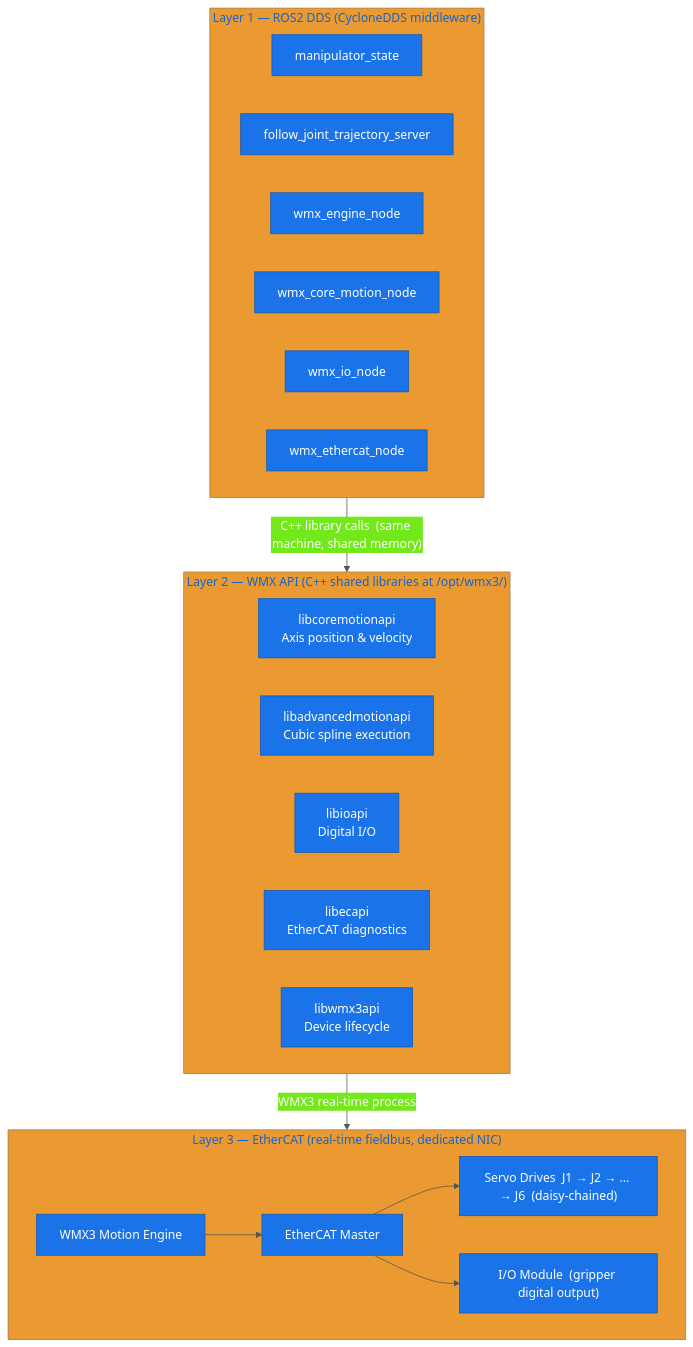
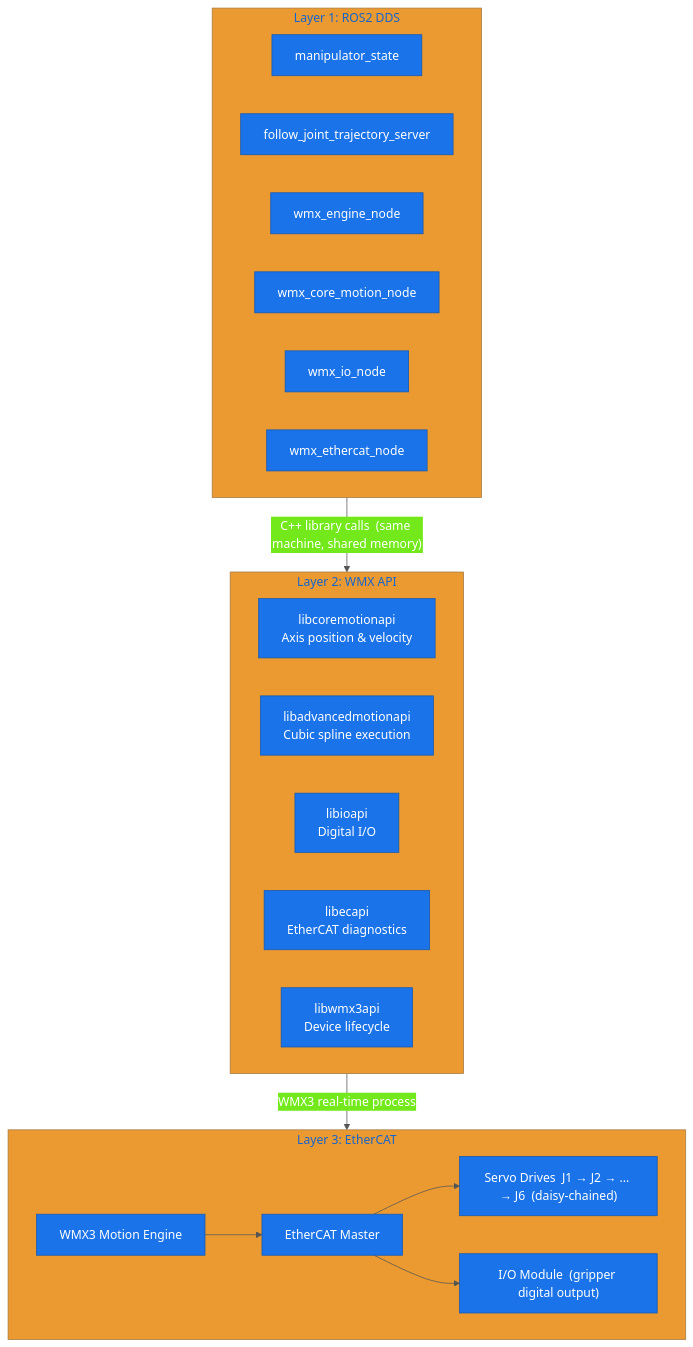
One commit to movensys/wmx-r2-doc changed the diagram in doc/api_reference/communication.rst. Above: the diagram before and after it, drawn with Mermaid. The commit also changed 9 other files, not shown here.

Commit message:
repair the graph

```diff
--- a/doc/api_reference/communication.rst
+++ b/doc/api_reference/communication.rst
@@ -22,36 +22,36 @@
 .. mermaid::
    :caption: WMX ROS2 — three-layer communication architecture
    :zoom:
 
    %%{init: {"theme": "base", "themeVariables": {"primaryColor": "#1a73e8", "primaryTextColor": "#fff", "primaryBorderColor": "#1558b0", "lineColor": "#555"}}}%%
    flowchart TB
-       subgraph L1["Layer 1 — ROS2 DDS  (CycloneDDS middleware)"]
+       subgraph L1["Layer 1: ROS2 DDS"]
            direction LR
            N1["manipulator_state"]
            N2["follow_joint_trajectory_server"]
            N3["wmx_engine_node"]
            N4["wmx_core_motion_node"]
            N5["wmx_io_node"]
            N6["wmx_ethercat_node"]
        end
 
-       subgraph L2["Layer 2 — WMX API  (C++ shared libraries at /opt/wmx3/)"]
+       subgraph L2["Layer 2: WMX API"]
            direction LR
            A1["libcoremotionapi<br/>Axis position & velocity"]
            A2["libadvancedmotionapi<br/>Cubic spline execution"]
            A3["libioapi<br/>Digital I/O"]
            A4["libecapi<br/>EtherCAT diagnostics"]
            A5["libwmx3api<br/>Device lifecycle"]
        end
 
-       subgraph L3["Layer 3 — EtherCAT  (real-time fieldbus, dedicated NIC)"]
+       subgraph L3["Layer 3: EtherCAT"]
            direction LR
            E1["WMX3 Motion Engine"]
            E2["EtherCAT Master"]
            E3["Servo Drives  J1 → J2 → ... → J6  (daisy-chained)"]
            E4["I/O Module  (gripper digital output)"]
        end
 
        L1 -->|"C++ library calls  (same machine, shared memory)"| L2
        L2 -->|"WMX3 real-time process"| L3
        E1 --> E2 --> E3 & E4
```
